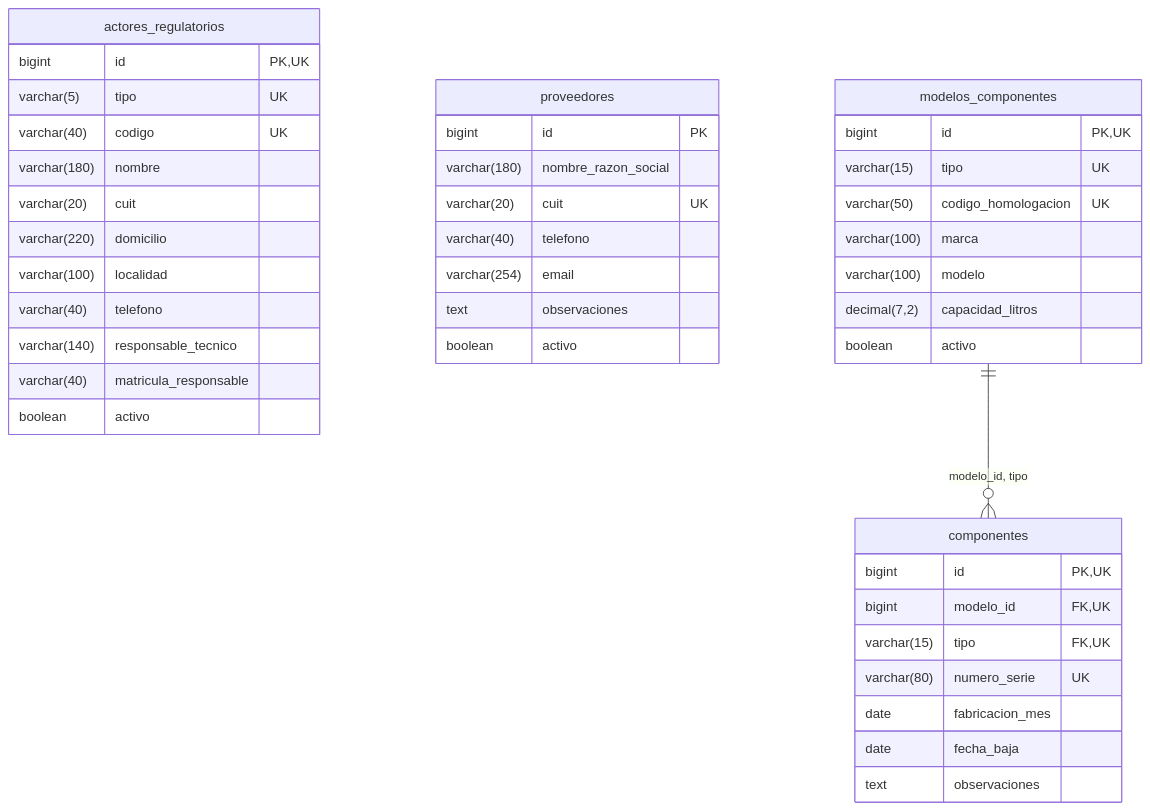
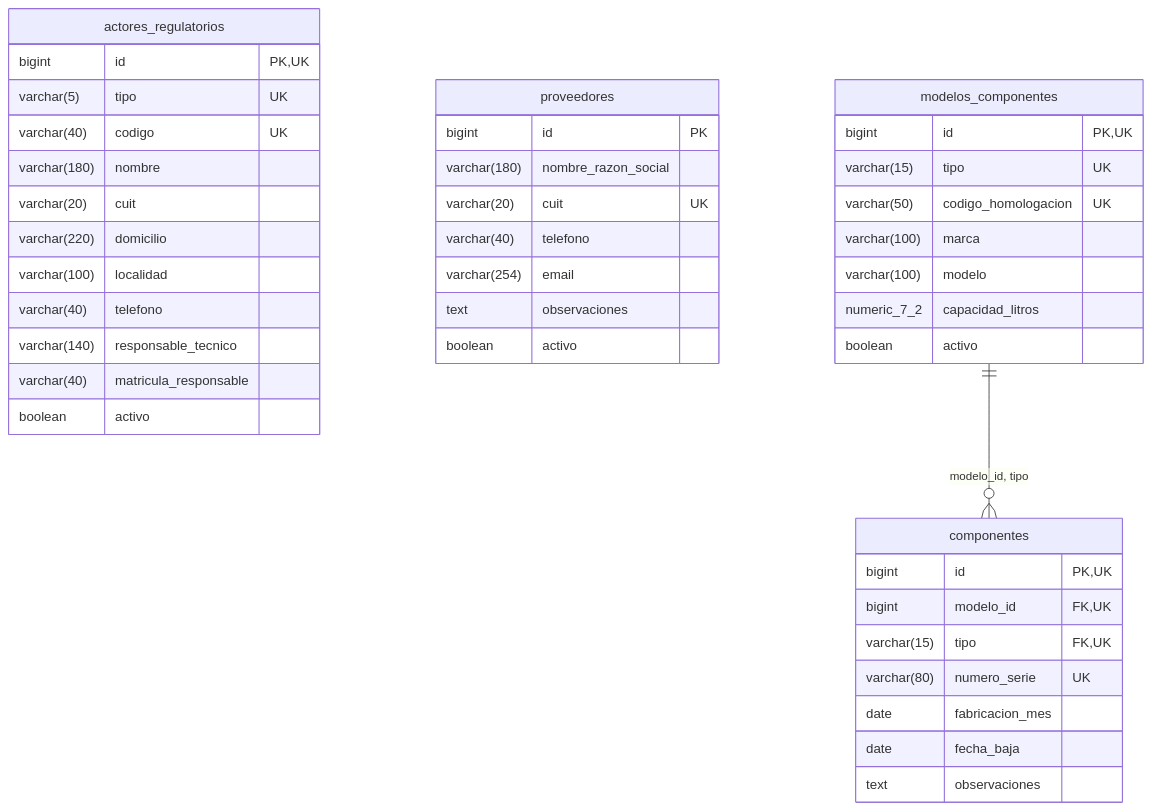
The third of 11 diagrams in database/DIAGRAMA_ER.md (Falliot00/TRABAJO-FINAL-INTEGRADOR), drawn with Mermaid before and after one commit. The commit also changed other lines of this file and 5 other files, not shown here.

Commit message:
docs: corregir diagramas y verificar el diseño de segunda entrega

````diff
--- a/database/DIAGRAMA_ER.md
+++ b/database/DIAGRAMA_ER.md
@@ -117,45 +117,45 @@
 ```mermaid
 erDiagram
     direction TB
     actores_regulatorios {
         bigint id PK, UK
         varchar(5) tipo UK
         varchar(40) codigo UK
         varchar(180) nombre
         varchar(20) cuit
         varchar(220) domicilio
         varchar(100) localidad
         varchar(40) telefono
         varchar(140) responsable_tecnico
         varchar(40) matricula_responsable
         boolean activo
     }
     proveedores {
         bigint id PK
         varchar(180) nombre_razon_social
         varchar(20) cuit UK
         varchar(40) telefono
         varchar(254) email
         text observaciones
         boolean activo
     }
     modelos_componentes {
         bigint id PK, UK
         varchar(15) tipo UK
         varchar(50) codigo_homologacion UK
         varchar(100) marca
         varchar(100) modelo
-        decimal(7,2) capacidad_litros
+        numeric_7_2 capacidad_litros
         boolean activo
     }
     componentes {
         bigint id PK, UK
         bigint modelo_id FK, UK
         varchar(15) tipo FK, UK
         varchar(80) numero_serie UK
         date fabricacion_mes
         date fecha_baja
         text observaciones
     }
     modelos_componentes ||--o{ componentes : "modelo_id, tipo"
 ```
````
